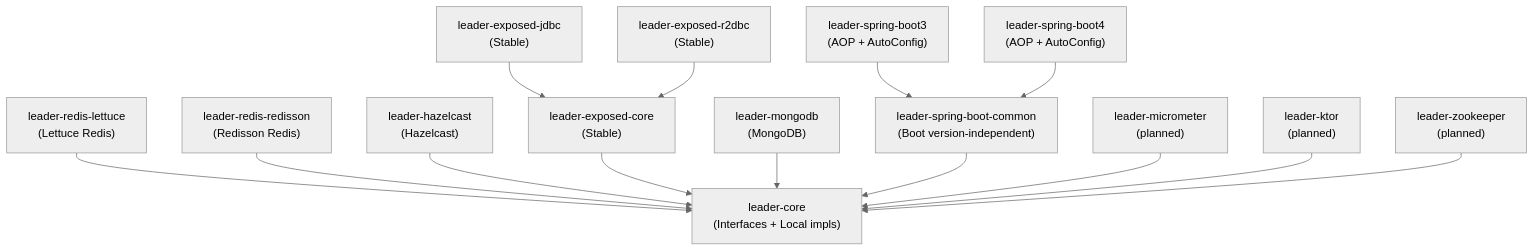
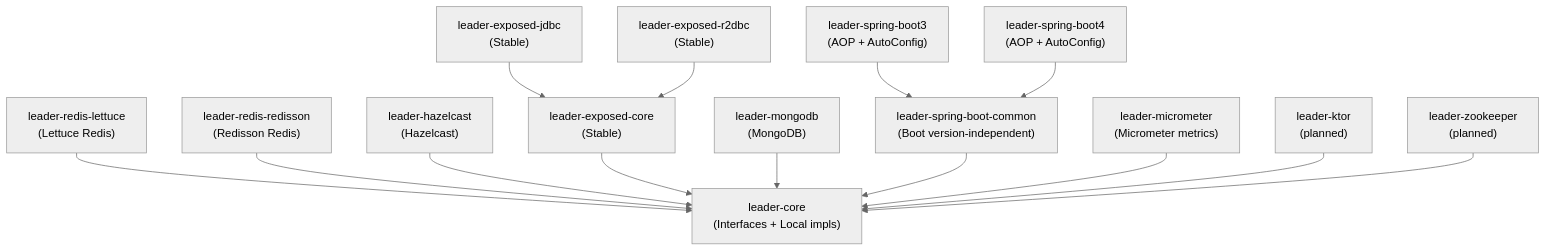
The first of 3 diagrams in README.md (bluetape4k/bluetape4k-leader), drawn with Mermaid (neutral theme) before and after one commit. The commit also changed other lines of this file and 17 other files, not shown here.

First line of the commit message:
feat: leader-aop Micrometer metrics 통합 (#75, #101)

````diff
--- a/README.md
+++ b/README.md
@@ -25,31 +25,31 @@
 ```mermaid
 graph TD
     Core["leader-core\n(Interfaces + Local impls)"]
     Lettuce["leader-redis-lettuce\n(Lettuce Redis)"]
     Redisson["leader-redis-redisson\n(Redisson Redis)"]
     Hazelcast["leader-hazelcast\n(Hazelcast)"]
     ExposedCore["leader-exposed-core\n(Stable)"]
     ExposedJdbc["leader-exposed-jdbc\n(Stable)"]
     ExposedR2dbc["leader-exposed-r2dbc\n(Stable)"]
     Mongo["leader-mongodb\n(MongoDB)"]
     SBCommon["leader-spring-boot-common\n(Boot version-independent)"]
     SB3["leader-spring-boot3\n(AOP + AutoConfig)"]
     SB4["leader-spring-boot4\n(AOP + AutoConfig)"]
-    Metrics["leader-micrometer\n(planned)"]
+    Metrics["leader-micrometer\n(Micrometer metrics)"]
     Ktor["leader-ktor\n(planned)"]
     ZK["leader-zookeeper\n(planned)"]
 
     Lettuce --> Core
     Redisson --> Core
     Hazelcast --> Core
     ExposedCore --> Core
     ExposedJdbc --> ExposedCore
     ExposedR2dbc --> ExposedCore
     Mongo --> Core
     SBCommon --> Core
     SB3 --> SBCommon
     SB4 --> SBCommon
     Metrics --> Core
     Ktor --> Core
     ZK --> Core
 ```
````
